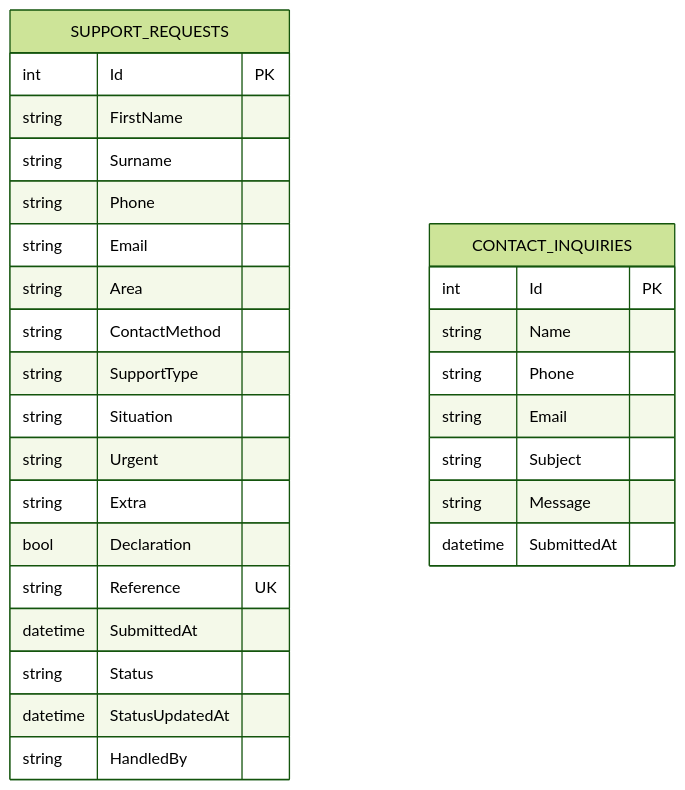
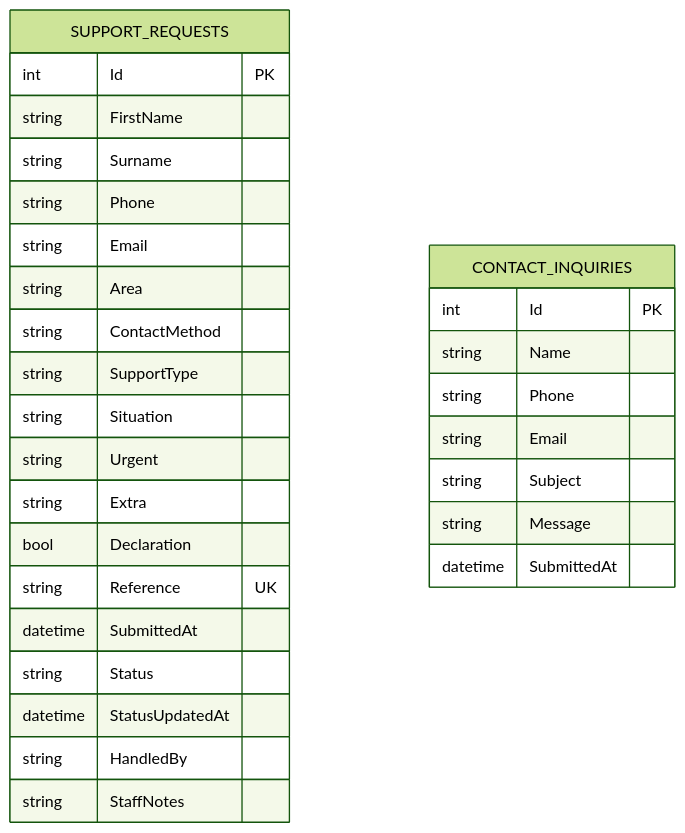
The diagram in README.md (Kwethukubonga/PAB_WebApp), drawn with Mermaid (forest theme) before and after one commit. The commit also changed other lines of this file, not shown here.

````diff
--- a/README.md
+++ b/README.md
@@ -255,32 +256,33 @@
 ```mermaid
 erDiagram
     SUPPORT_REQUESTS {
         int Id PK
         string FirstName
         string Surname
         string Phone
         string Email
         string Area
         string ContactMethod
         string SupportType
         string Situation
         string Urgent
         string Extra
         bool Declaration
         string Reference UK
         datetime SubmittedAt
         string Status
         datetime StatusUpdatedAt
         string HandledBy
+        string StaffNotes
     }
 
     CONTACT_INQUIRIES {
         int Id PK
         string Name
         string Phone
         string Email
         string Subject
         string Message
         datetime SubmittedAt
     }
 ```
````
